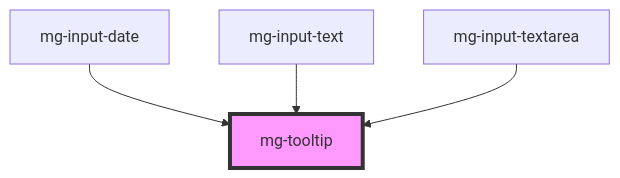
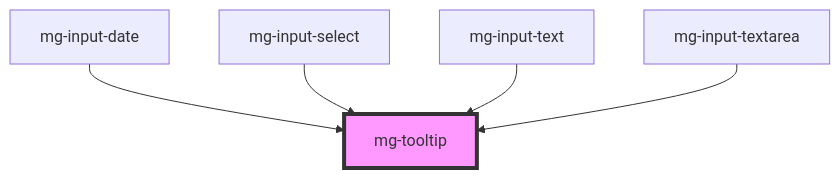
The diagram in src/components/atoms/mg-tooltip/readme.md (MGDIS/mg-components), drawn with Mermaid before and after one commit. The commit also changed other lines of this file and 25 other files, not shown here.

First line of the commit message:
feat(input-select): add molecule

````diff
--- a/src/components/atoms/mg-tooltip/readme.md
+++ b/src/components/atoms/mg-tooltip/readme.md
@@ -25,7 +26,8 @@
 ```mermaid
 graph TD;
   mg-input-date --> mg-tooltip
+  mg-input-select --> mg-tooltip
   mg-input-text --> mg-tooltip
   mg-input-textarea --> mg-tooltip
   style mg-tooltip fill:#f9f,stroke:#333,stroke-width:4px
 ```
````
